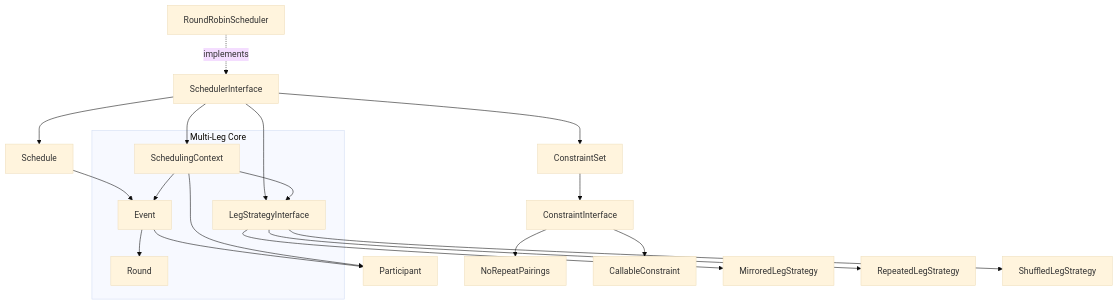
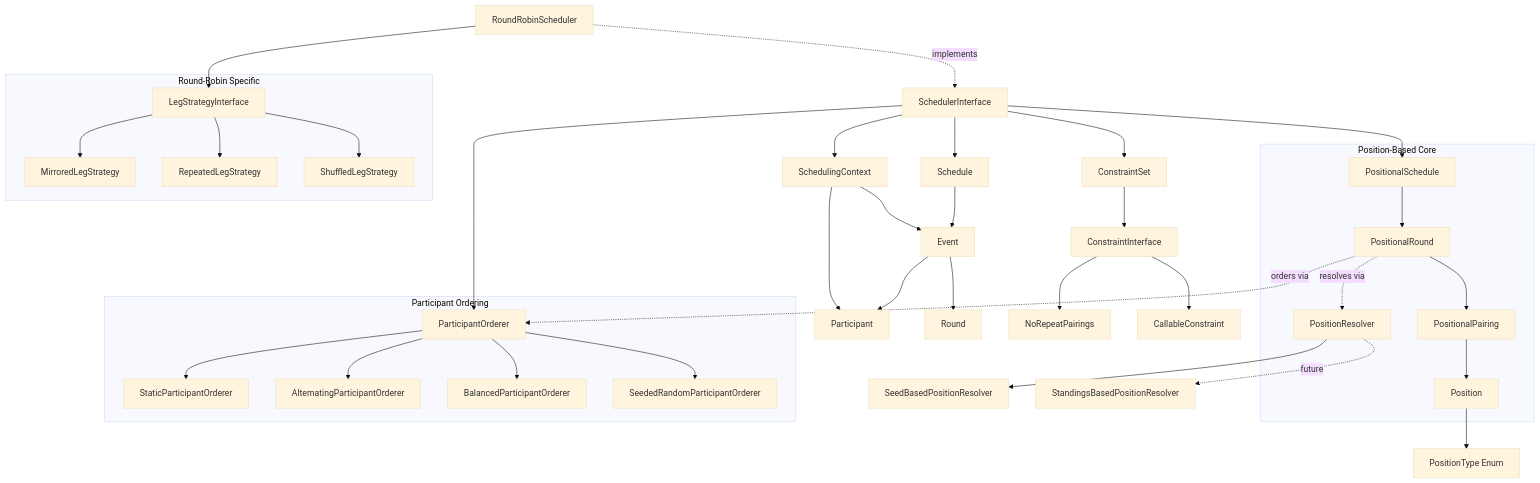
Before and after one commit to mission-gaming/tactician: the diagram in memory-bank/systemPatterns.md, drawn with Mermaid (base theme). The commit also changed other lines of this file and 3 other files, not shown here.

````diff
--- a/memory-bank/systemPatterns.md
+++ b/memory-bank/systemPatterns.md
@@ -119,32 +164,63 @@
 ```mermaid
 graph TD
-    Scheduler[SchedulerInterface] --> Context[SchedulingContext]
+    Scheduler[SchedulerInterface] --> PositionalSchedule[PositionalSchedule]
+    Scheduler --> Context[SchedulingContext]
     Scheduler --> ConstraintSet[ConstraintSet]
     Scheduler --> Schedule[Schedule]
-    Scheduler --> LegStrategy[LegStrategyInterface]
-    
+    Scheduler --> Orderer[ParticipantOrderer]
+
+    PositionalSchedule --> PositionalRound[PositionalRound]
+    PositionalRound --> PositionalPairing[PositionalPairing]
+    PositionalPairing --> Position[Position]
+    Position --> PositionType[PositionType Enum]
+
+    PositionalRound -.resolves via.-> PositionResolver[PositionResolver]
+    PositionResolver --> SeedBased[SeedBasedPositionResolver]
+    PositionResolver -.future.-> StandingsBased[StandingsBasedPositionResolver]
+
+    PositionalRound -.orders via.-> Orderer
+    Orderer --> Static[StaticParticipantOrderer]
+    Orderer --> Alternating[AlternatingParticipantOrderer]
+    Orderer --> Balanced[BalancedParticipantOrderer]
+    Orderer --> SeededRandom[SeededRandomParticipantOrderer]
+
     Schedule --> Event[Event]
     Event --> Participant[Participant]
     Event --> Round[Round]
-    
+
     ConstraintSet --> ConstraintInterface[ConstraintInterface]
     ConstraintInterface --> NoRepeatPairings[NoRepeatPairings]
     ConstraintInterface --> CallableConstraint[CallableConstraint]
-    
+
     Context --> Participant
     Context --> Event
-    Context --> LegStrategy
-    
+
+    RoundRobin[RoundRobinScheduler] -.implements.-> Scheduler
+    RoundRobin --> LegStrategy[LegStrategyInterface]
     LegStrategy --> MirroredLeg[MirroredLegStrategy]
     LegStrategy --> RepeatedLeg[RepeatedLegStrategy]
     LegStrategy --> ShuffledLeg[ShuffledLegStrategy]
-    
-    RoundRobin[RoundRobinScheduler] -.implements.-> Scheduler
-    
-    subgraph "Multi-Leg Core"
-        Context
+
+    subgraph "Position-Based Core"
+        PositionalSchedule
+        PositionalRound
+        PositionalPairing
+        Position
+        PositionResolver
+    end
+
+    subgraph "Participant Ordering"
+        Orderer
+        Static
+        Alternating
+        Balanced
+        SeededRandom
+    end
+
+    subgraph "Round-Robin Specific"
         LegStrategy
-        Event
-        Round
+        MirroredLeg
+        RepeatedLeg
+        ShuffledLeg
     end
 ```
````
